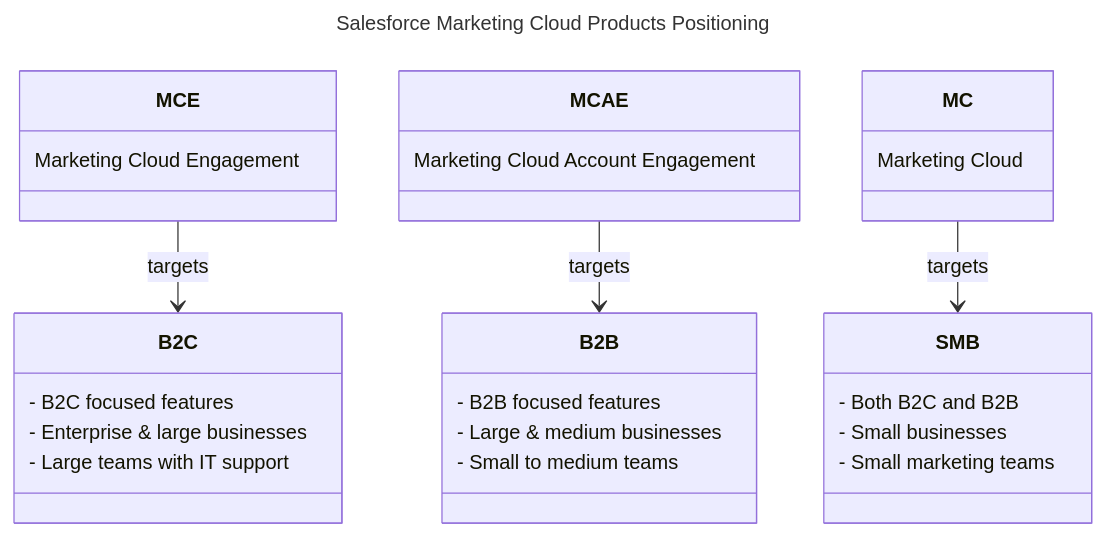
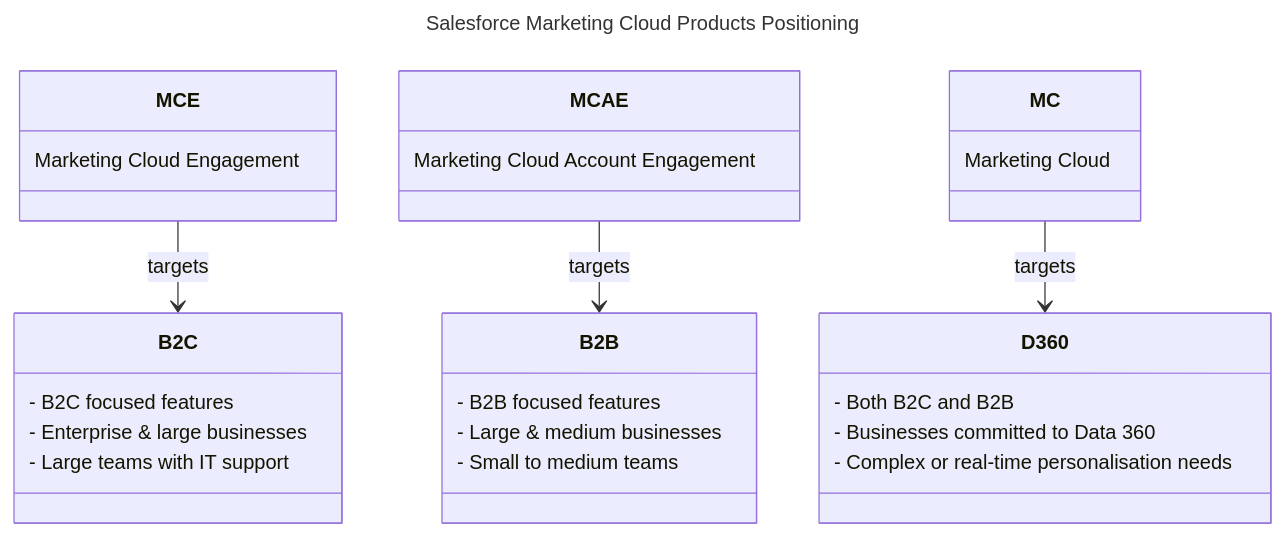
The diagram in sites/faq/salesforce/what-is-the-difference-between-sf-marketing-clouds.mdx (MateuszDabrowski/mateuszdabrowski.pl), drawn with Mermaid before and after one commit. The commit also changed other lines of this file, not shown here.

````diff
--- a/sites/faq/salesforce/what-is-the-difference-between-sf-marketing-clouds.mdx
+++ b/sites/faq/salesforce/what-is-the-difference-between-sf-marketing-clouds.mdx
@@ -58,39 +58,39 @@
 ```mermaid
 ---
 title: Salesforce Marketing Cloud Products Positioning
 ---
 classDiagram
 
     %% Platform Classes
     class MCE {
       Marketing Cloud Engagement
     }
     class MCAE {
       Marketing Cloud Account Engagement
     }
     class MC {
       Marketing Cloud
     }
 
     %% Target Audience Classes
     class B2C {
       - B2C focused features
       - Enterprise & large businesses
       - Large teams with IT support
     }
     class B2B {
       - B2B focused features
       - Large & medium businesses
       - Small to medium teams
     }
-    class SMB {
+    class D360 {
       - Both B2C and B2B
-      - Small businesses
-      - Small marketing teams
+      - Businesses committed to Data 360
+      - Complex or real-time personalisation needs
     }
 
     %% Define Relationships between Platforms and their Audiences
     MCE --> B2C : targets
     MCAE --> B2B : targets
-    MC --> SMB : targets
+    MC --> D360 : targets
 ```
````
